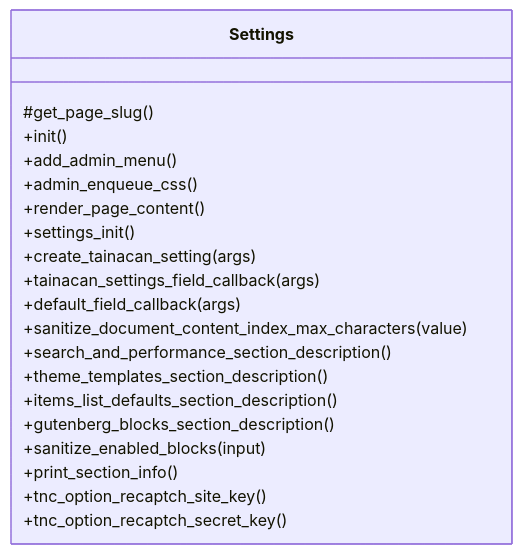
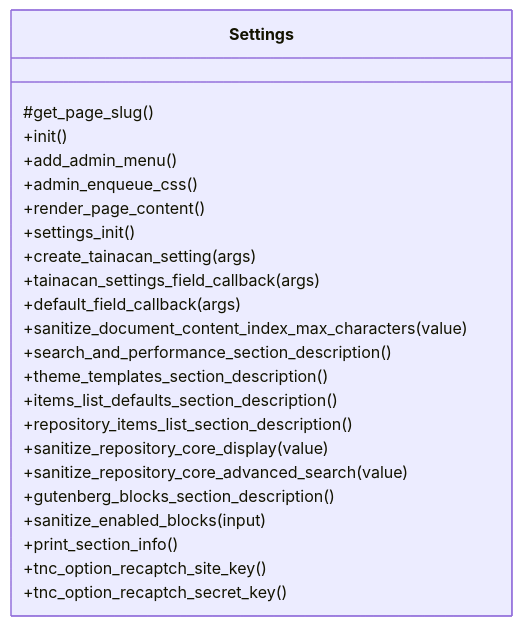
The diagram in docs/phpdoc/classes/Tainacan/Settings.mmd (tainacan/tainacan), drawn with Mermaid before and after one commit. The commit also changed 3 other files, not shown here.

```diff
--- a/docs/phpdoc/classes/Tainacan/Settings.mmd
+++ b/docs/phpdoc/classes/Tainacan/Settings.mmd
@@ -1,22 +1,25 @@
 classDiagram
     direction TB
     class Settings {
         #get_page_slug()
         +init()
         +add_admin_menu()
         +admin_enqueue_css()
         +render_page_content()
         +settings_init()
         +create_tainacan_setting(args)
         +tainacan_settings_field_callback(args)
         +default_field_callback(args)
         +sanitize_document_content_index_max_characters(value)
         +search_and_performance_section_description()
         +theme_templates_section_description()
         +items_list_defaults_section_description()
+        +repository_items_list_section_description()
+        +sanitize_repository_core_display(value)
+        +sanitize_repository_core_advanced_search(value)
         +gutenberg_blocks_section_description()
         +sanitize_enabled_blocks(input)
         +print_section_info()
         +tnc_option_recaptch_site_key()
         +tnc_option_recaptch_secret_key()
     }
```
